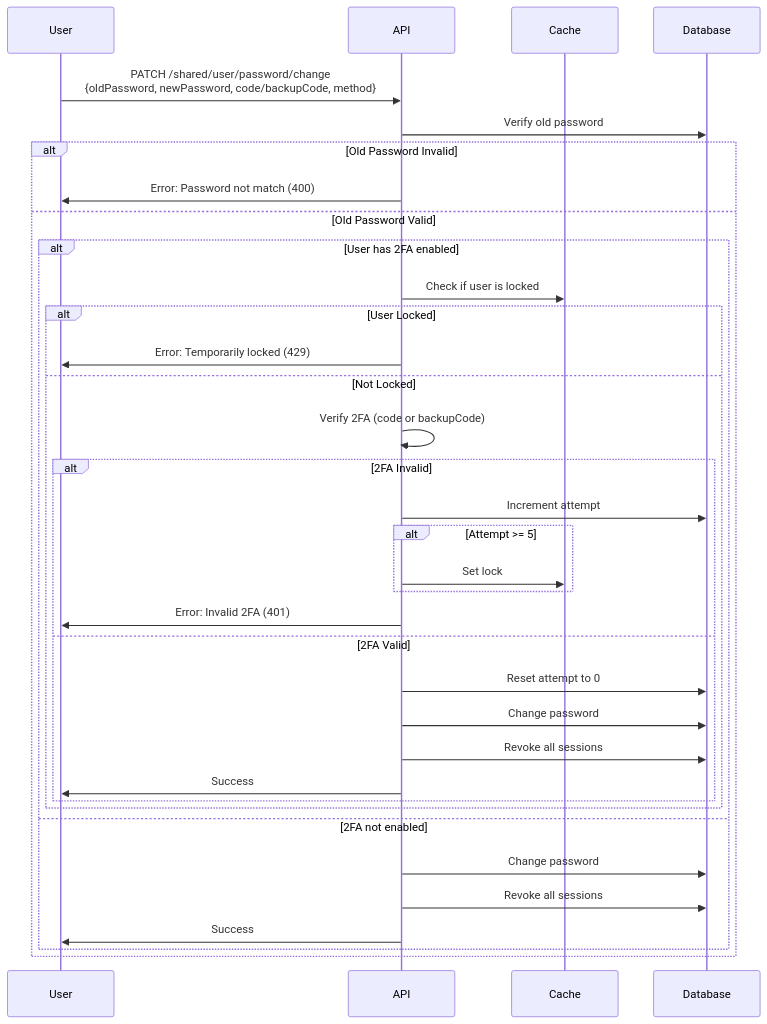
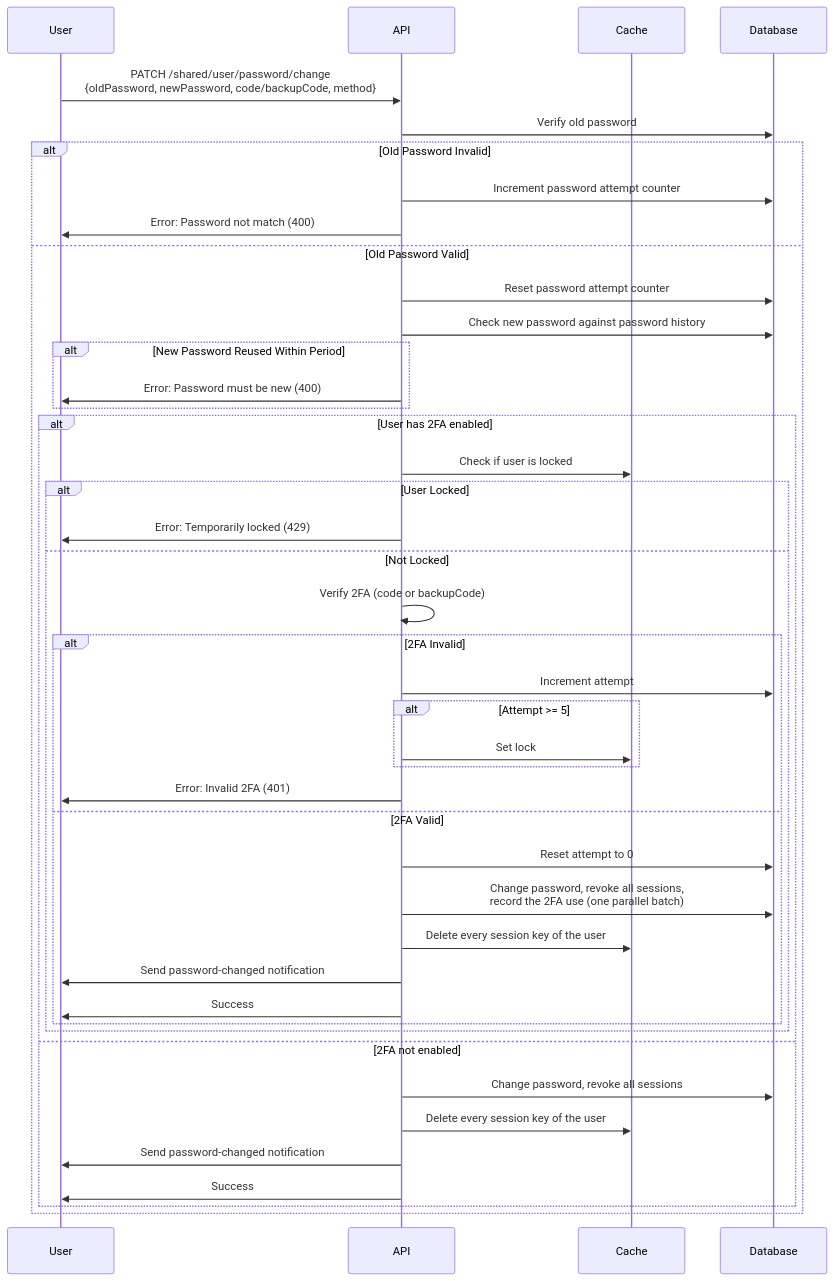
One commit to andrechristikan/ack-nestjs-boilerplate changed the seventh of 9 diagrams in docs/two-factor.md. Above: the diagram before and after it, drawn with Mermaid. The commit also changed other lines of this file and 62 other files, not shown here.

````diff
--- a/docs/two-factor.md
+++ b/docs/two-factor.md
@@ -393,38 +395,46 @@
 ```mermaid
 sequenceDiagram
     participant User
     participant API
     participant Cache
     participant Database
 
     User->>API: PATCH /shared/user/password/change<br/>{oldPassword, newPassword, code/backupCode, method}
     API->>Database: Verify old password
     alt Old Password Invalid
+        API->>Database: Increment password attempt counter
         API->>User: Error: Password not match (400)
     else Old Password Valid
+        API->>Database: Reset password attempt counter
+        API->>Database: Check new password against password history
+        alt New Password Reused Within Period
+            API->>User: Error: Password must be new (400)
+        end
         alt User has 2FA enabled
             API->>Cache: Check if user is locked
             alt User Locked
                 API->>User: Error: Temporarily locked (429)
             else Not Locked
                 API->>API: Verify 2FA (code or backupCode)
                 alt 2FA Invalid
                     API->>Database: Increment attempt
                     alt Attempt >= 5
                         API->>Cache: Set lock
                     end
                     API->>User: Error: Invalid 2FA (401)
                 else 2FA Valid
                     API->>Database: Reset attempt to 0
-                    API->>Database: Change password
-                    API->>Database: Revoke all sessions
+                    API->>Database: Change password, revoke all sessions,<br/>record the 2FA use (one parallel batch)
+                    API->>Cache: Delete every session key of the user
+                    API->>User: Send password-changed notification
                     API->>User: Success
                 end
             end
         else 2FA not enabled
-            API->>Database: Change password
-            API->>Database: Revoke all sessions
+            API->>Database: Change password, revoke all sessions
+            API->>Cache: Delete every session key of the user
+            API->>User: Send password-changed notification
             API->>User: Success
         end
     end
 ```
````
